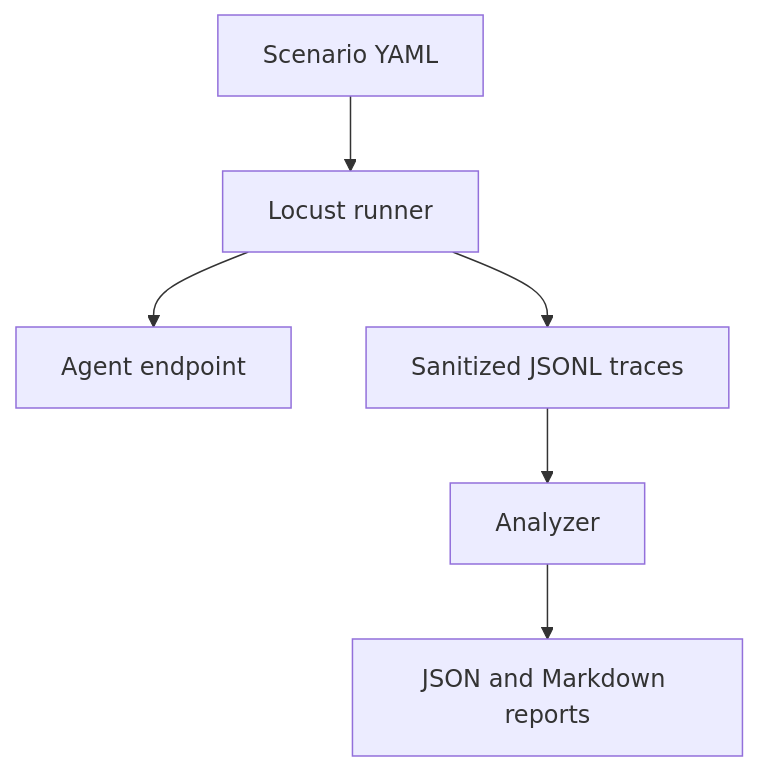
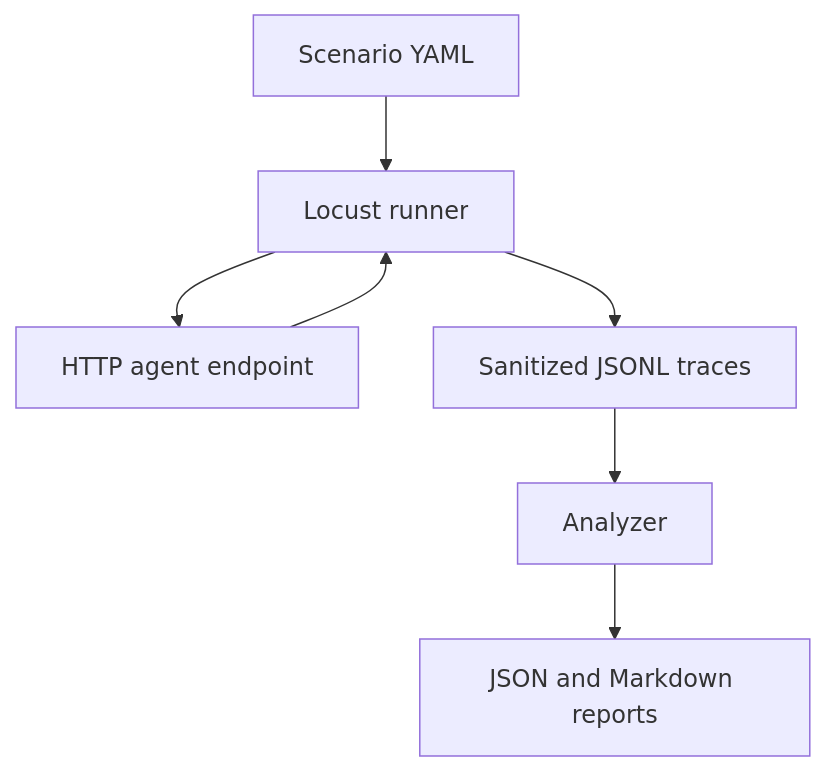
The first of 2 diagrams in README.md (ss1738/AgentLoad), drawn with Mermaid before and after one commit. The commit also changed other lines of this file and 10 other files, not shown here.

````diff
--- a/README.md
+++ b/README.md
@@ -7,5 +13,9 @@
 ```mermaid
 flowchart TD
-  S[Scenario YAML] --> L[Locust runner] --> E[Agent endpoint]
-  L --> T[Sanitized JSONL traces] --> A[Analyzer] --> R[JSON and Markdown reports]
+  S[Scenario YAML] --> L[Locust runner]
+  L --> E[HTTP agent endpoint]
+  E --> L
+  L --> T[Sanitized JSONL traces]
+  T --> A[Analyzer]
+  A --> R[JSON and Markdown reports]
 ```
````
